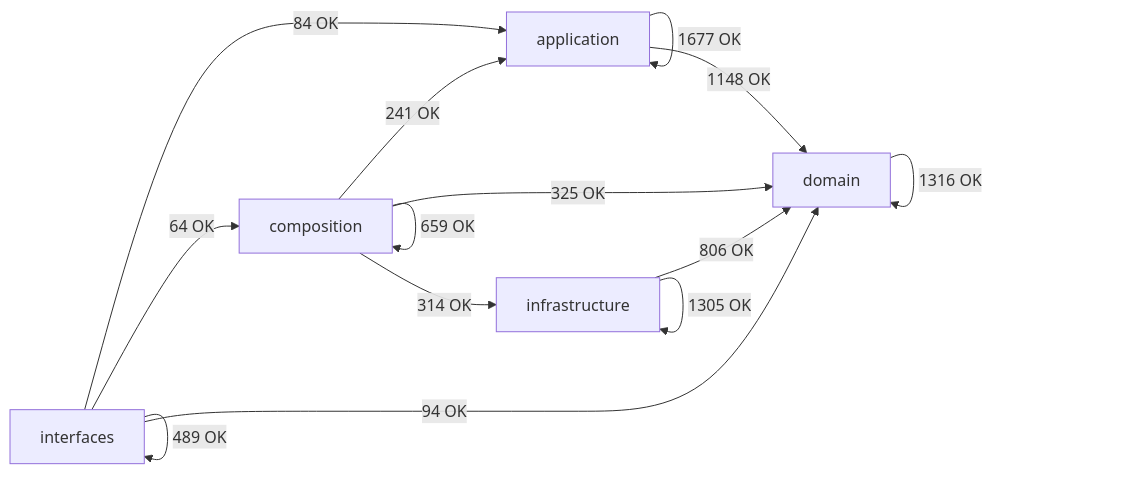
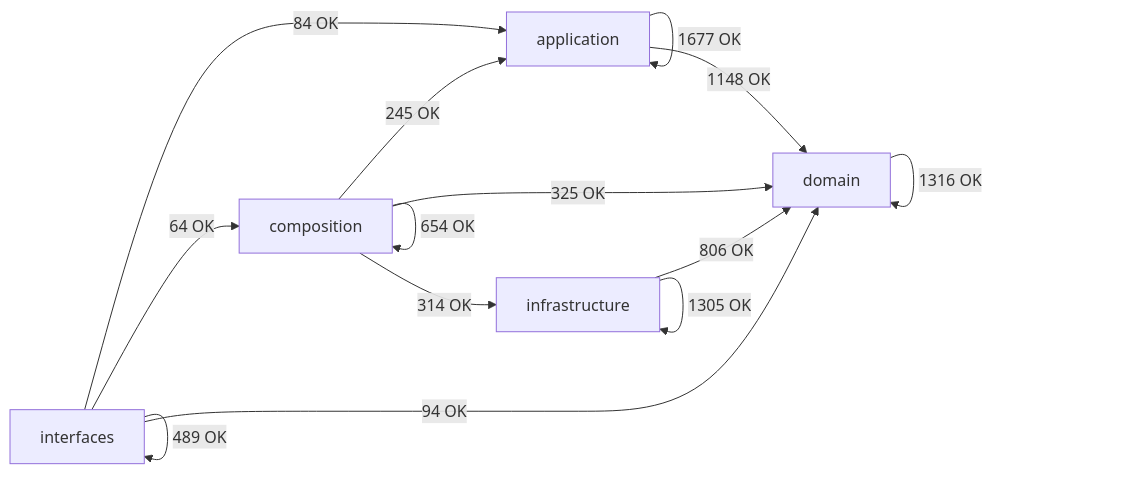
Before and after one commit to SatoryKono/BioactivityDataAcquisition: the diagram in docs/02-architecture/generated/module-dependency-map.md, drawn with Mermaid. The commit also changed other lines of this file and 11 other files, not shown here.

````diff
--- a/docs/02-architecture/generated/module-dependency-map.md
+++ b/docs/02-architecture/generated/module-dependency-map.md
@@ -17,21 +17,21 @@
 ```mermaid
 flowchart LR
     domain[domain]
     application[application]
     infrastructure[infrastructure]
     composition[composition]
     interfaces[interfaces]
     application -->|1677 OK| application
     application -->|1148 OK| domain
-    composition -->|241 OK| application
-    composition -->|659 OK| composition
+    composition -->|245 OK| application
+    composition -->|654 OK| composition
     composition -->|325 OK| domain
     composition -->|314 OK| infrastructure
     domain -->|1316 OK| domain
     infrastructure -->|806 OK| domain
     infrastructure -->|1305 OK| infrastructure
     interfaces -->|84 OK| application
     interfaces -->|64 OK| composition
     interfaces -->|94 OK| domain
     interfaces -->|489 OK| interfaces
 ```
````
